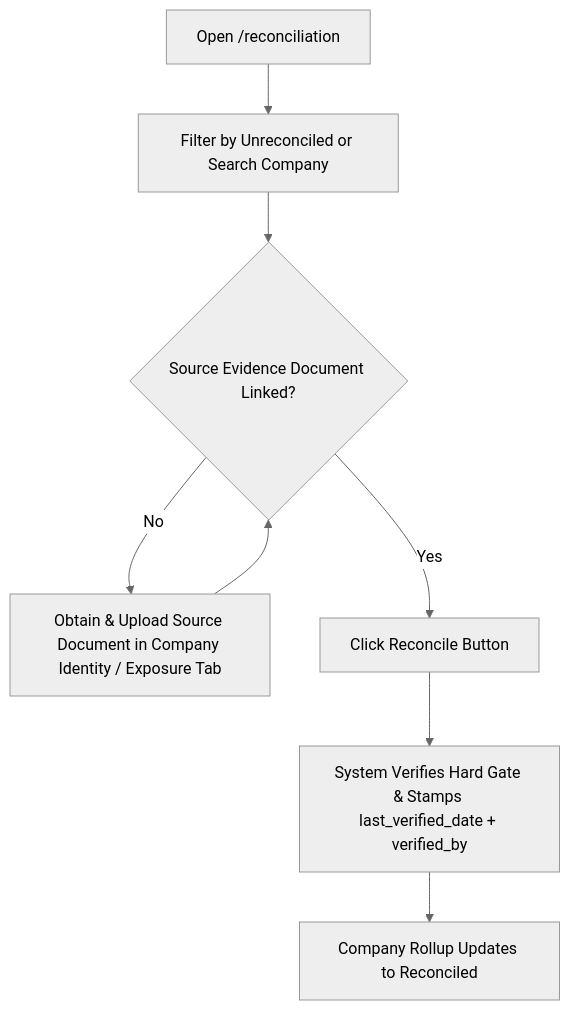
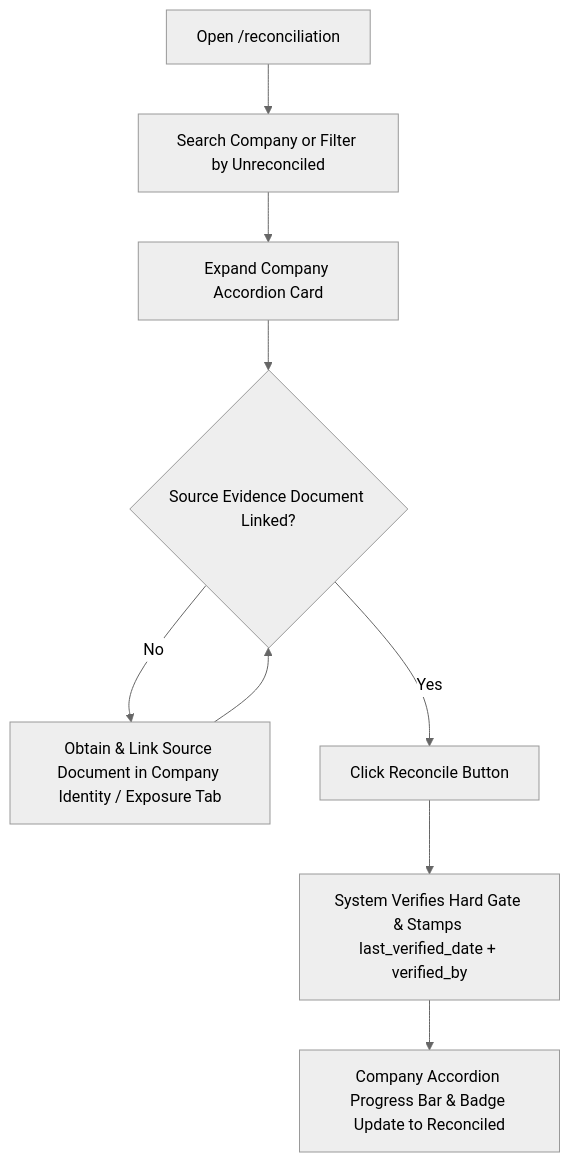
Before and after one commit to Mudigram/tvc-portfolio-os: the first of 3 diagrams in docs/operator_manual.md, drawn with Mermaid (neutral theme). The commit also changed other lines of this file and 10 other files, not shown here.

````diff
--- a/docs/operator_manual.md
+++ b/docs/operator_manual.md
@@ -39,10 +79,11 @@
 ```mermaid
 flowchart TD
-    A[Open /reconciliation] --> B[Filter by Unreconciled or Search Company]
-    B --> C{Source Evidence Document Linked?}
-    C -- No --> D[Obtain & Upload Source Document in Company Identity / Exposure Tab]
-    D --> C
-    C -- Yes --> E[Click Reconcile Button]
-    E --> F[System Verifies Hard Gate & Stamps last_verified_date + verified_by]
-    F --> G[Company Rollup Updates to Reconciled]
+    A[Open /reconciliation] --> B[Search Company or Filter by Unreconciled]
+    B --> C[Expand Company Accordion Card]
+    C --> D{Source Evidence Document Linked?}
+    D -- No --> E[Obtain & Link Source Document in Company Identity / Exposure Tab]
+    E --> D
+    D -- Yes --> F[Click Reconcile Button]
+    F --> G[System Verifies Hard Gate & Stamps last_verified_date + verified_by]
+    G --> H[Company Accordion Progress Bar & Badge Update to Reconciled]
 ```
````
